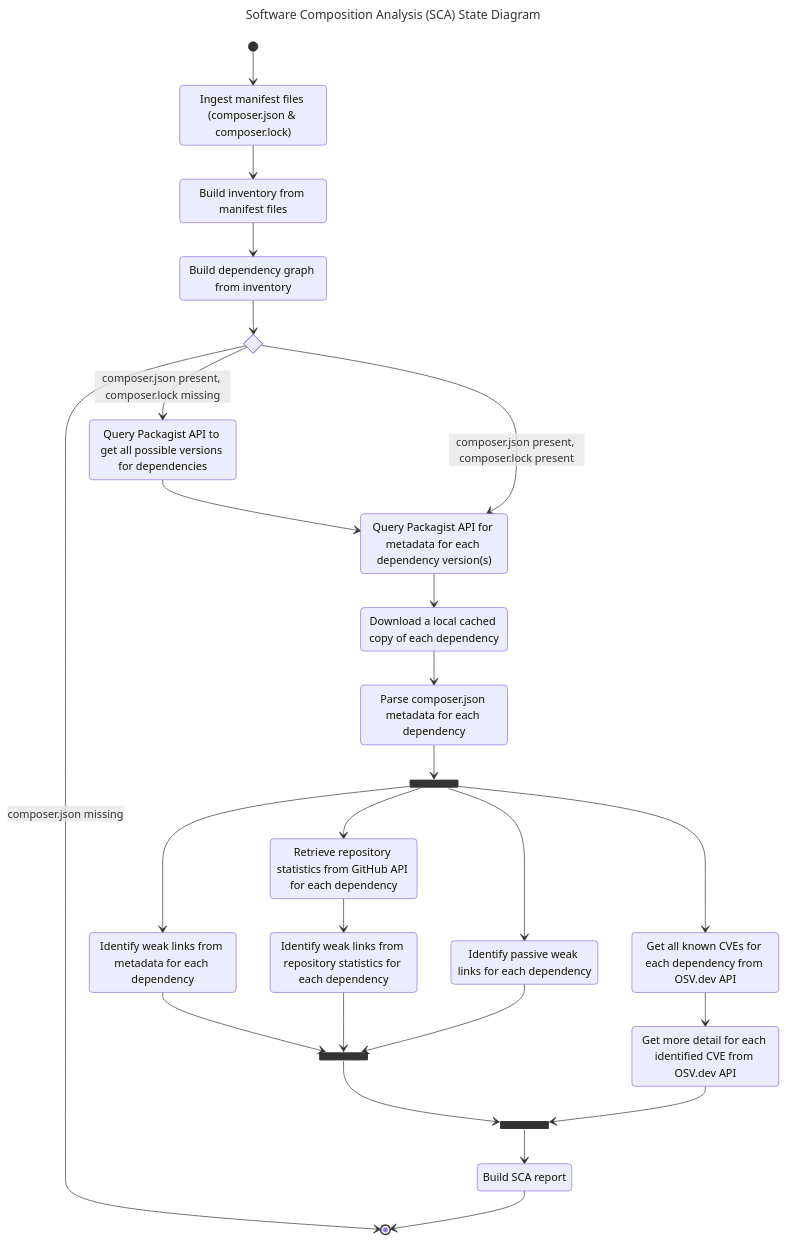
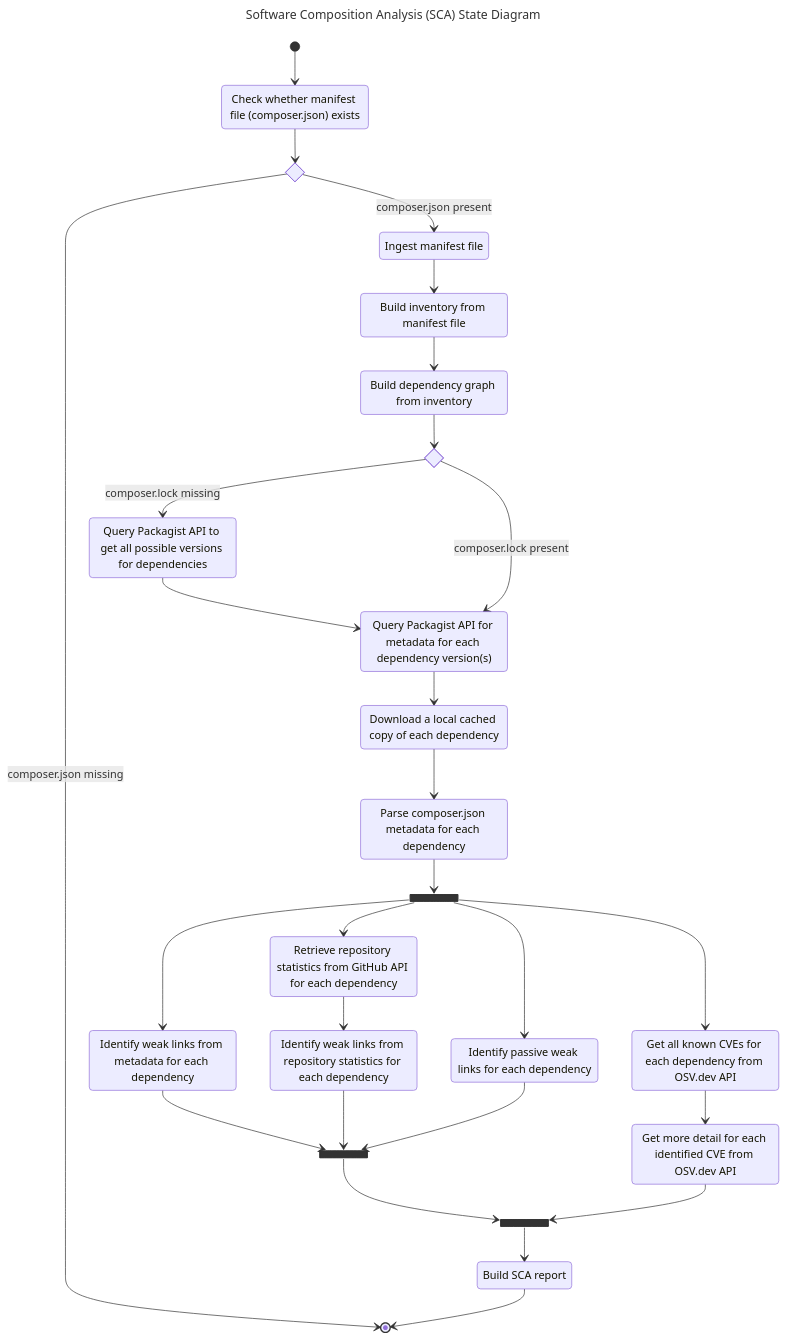
One commit to AlexWinder/SecAware changed the second of 3 diagrams in README.md. Above: the diagram before and after it, drawn with Mermaid.

Commit message:
Improved SCA diagram

````diff
--- a/README.md
+++ b/README.md
@@ -179,59 +179,65 @@
 ```mermaid
 ---
 title: Software Composition Analysis (SCA) State Diagram
 ---
 stateDiagram-v2
-    state "Ingest manifest files (composer.json & composer.lock)" as ingestFiles
-    state "Build inventory from manifest files" as buildInventory
+    state "Check whether manifest file (composer.json) exists" as checkManifestFile
+    state "Ingest manifest file" as ingestManifestFile
+    state "Build inventory from manifest file" as buildInventory
     state "Build dependency graph from inventory" as buildDependencyGraph
     state "Query Packagist API to get all possible versions for dependencies" as getAllVersions
     state "Query Packagist API for metadata for each dependency version(s)" as getDependenciesMetadata
     state "Download a local cached copy of each dependency" as cacheDependency
     state "Parse composer.json metadata for each dependency" as parseDependenciesComposer
     state "Get all known CVEs for each dependency from OSV.dev API" as cveTopLevel
     state "Get more detail for each identified CVE from OSV.dev API" as cveExtraDetail
     state "Identify weak links from metadata for each dependency" as weakLinkMetadata
     state "Retrieve repository statistics from GitHub API for each dependency" as retrieveRepositoryStatistics
     state "Identify weak links from repository statistics for each dependency" as weakLinkRepositoryStatistics
     state "Identify passive weak links for each dependency" as weakLinkPassive
     state "Build SCA report" as buildReport
 
+    state ifComposerJsonAvailable <<choice>>
     state ifGetPossibleVersions <<choice>>
     state analysisFork <<fork>>
     state weakLinkJoin <<join>>
     state analysisJoin <<join>>
 
-    [*] --> ingestFiles
-    ingestFiles --> buildInventory
+    [*] --> checkManifestFile
+
+    checkManifestFile --> ifComposerJsonAvailable
+
+    ifComposerJsonAvailable --> ingestManifestFile: composer.json present
+    ingestManifestFile --> buildInventory
     buildInventory --> buildDependencyGraph
 
     buildDependencyGraph --> ifGetPossibleVersions
 
-    ifGetPossibleVersions --> [*]: composer.json missing
-    ifGetPossibleVersions --> getAllVersions: composer.json present, composer.lock missing
+    ifComposerJsonAvailable --> [*]: composer.json missing
+    ifGetPossibleVersions --> getAllVersions: composer.lock missing
     getAllVersions --> getDependenciesMetadata
-    ifGetPossibleVersions --> getDependenciesMetadata: composer.json present, composer.lock present
+    ifGetPossibleVersions --> getDependenciesMetadata: composer.lock present
 
     getDependenciesMetadata --> cacheDependency
     cacheDependency --> parseDependenciesComposer
 
     parseDependenciesComposer --> analysisFork
 
     analysisFork --> cveTopLevel
     cveTopLevel --> cveExtraDetail
 
     analysisFork --> weakLinkMetadata
     analysisFork --> retrieveRepositoryStatistics
     retrieveRepositoryStatistics --> weakLinkRepositoryStatistics
     analysisFork --> weakLinkPassive
 
     weakLinkMetadata --> weakLinkJoin
     weakLinkRepositoryStatistics --> weakLinkJoin
     weakLinkPassive --> weakLinkJoin
 
     weakLinkJoin --> analysisJoin
     cveExtraDetail --> analysisJoin
 
     analysisJoin --> buildReport
     buildReport --> [*]
 ```
````
